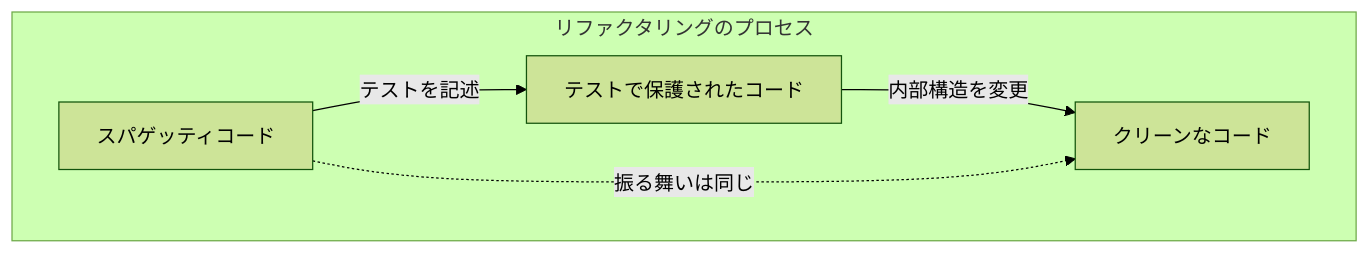
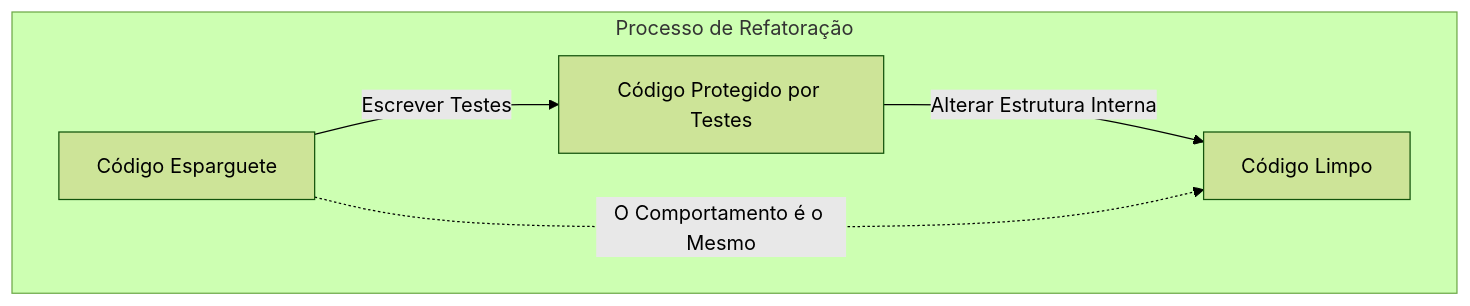
The third of 4 diagrams in content/post/ship-of-theseus/index.pt.md (kenjinote/blog), drawn with Mermaid (forest theme) before and after one commit. The commit also changed other lines of this file and 28 other files, not shown here.

Commit message:
Translate Japanese text inside Mermaid diagrams to respective languages

````diff
--- a/content/post/ship-of-theseus/index.pt.md
+++ b/content/post/ship-of-theseus/index.pt.md
@@ -96,8 +96,8 @@
 ```mermaid
 graph TD
-    subgraph "リファクタリングのプロセス"
-        A["スパゲッティコード"] -->|"テストを記述"| B["テストで保護されたコード"]
-        B -->|"内部構造を変更"| C["クリーンなコード"]
-        A -.->|"振る舞いは同じ"| C
+    subgraph "Processo de Refatoração"
+        A["Código Esparguete"] -->|"Escrever Testes"| B["Código Protegido por Testes"]
+        B -->|"Alterar Estrutura Interna"| C["Código Limpo"]
+        A -.->|"O Comportamento é o Mesmo"| C
     end
 ```
````
